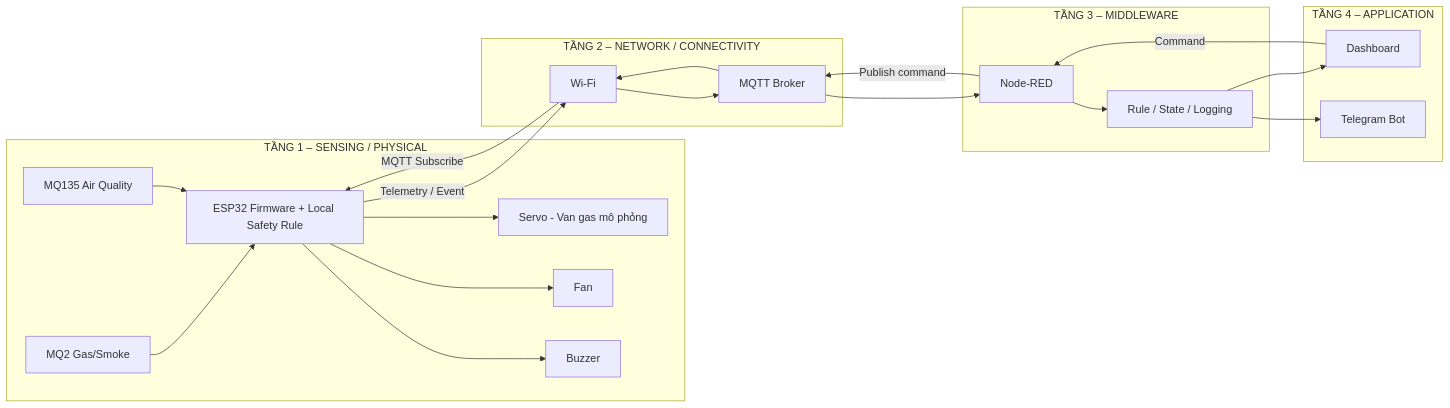
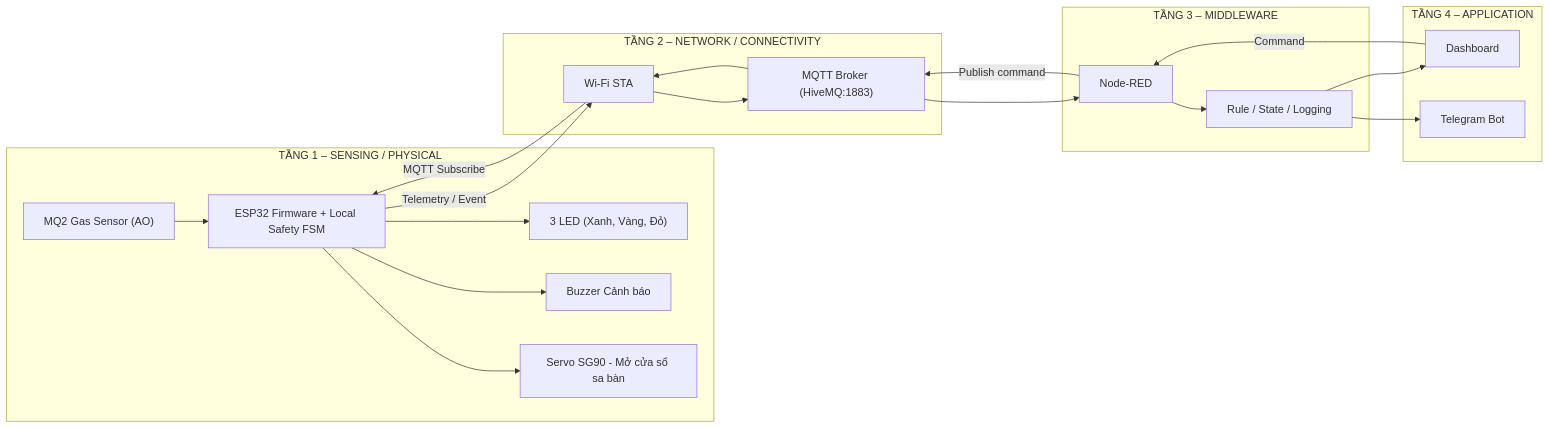
Before and after one commit to klongnguyen/IOT_Safety_GasCheck: the diagram in Bao cao hang tuan/Baocaodoan_Tuan01.md, drawn with Mermaid. The commit also changed other lines of this file and 54 other files, not shown here.

Commit message:
feat: complete Weeks 1-5 IoT Safety GasCheck V2 with Wokwi, MQTT, Node-RED and LIVE React WebApp

````diff
--- a/Bao cao hang tuan/Baocaodoan_Tuan01.md
+++ b/Bao cao hang tuan/Baocaodoan_Tuan01.md
@@ -330,43 +334,42 @@
 ```mermaid
 flowchart LR
     subgraph L1["TẦNG 1 – SENSING / PHYSICAL"]
-        MQ2[MQ2 Gas/Smoke]
-        MQ135[MQ135 Air Quality]
-        ESP32[ESP32 Firmware + Local Safety Rule]
-        SERVO[Servo - Van gas mô phỏng]
-        FAN[Fan]
-        BUZZER[Buzzer]
+        MQ2["MQ2 Gas Sensor (AO)"]
+        ESP32["ESP32 Firmware + Local Safety FSM"]
+        LED["3 LED (Xanh, Vàng, Đỏ)"]
+        BUZZER["Buzzer Cảnh báo"]
+        SERVO["Servo SG90 - Mở cửa sổ sa bàn"]
         MQ2 --> ESP32
-        MQ135 --> ESP32
+        ESP32 --> LED
+        ESP32 --> BUZZER
         ESP32 --> SERVO
-        ESP32 --> FAN
-        ESP32 --> BUZZER
     end
 
     subgraph L2["TẦNG 2 – NETWORK / CONNECTIVITY"]
-        WIFI[Wi-Fi]
-        MQTT[MQTT Broker]
+        WIFI["Wi-Fi STA"]
+        MQTT["MQTT Broker (HiveMQ:1883)"]
     end
+
 
     subgraph L3["TẦNG 3 – MIDDLEWARE"]
         NR[Node-RED]
         RULE[Rule / State / Logging]
         NR --> RULE
     end
 
     subgraph L4["TẦNG 4 – APPLICATION"]
         DASH[Dashboard]
         TG[Telegram Bot]
     end
 
     ESP32 -->|Telemetry / Event| WIFI
     WIFI --> MQTT
     MQTT --> NR
     RULE --> DASH
     RULE --> TG
 
     DASH -->|Command| NR
     NR -->|Publish command| MQTT
     MQTT --> WIFI
     WIFI -->|MQTT Subscribe| ESP32
 ```
````
